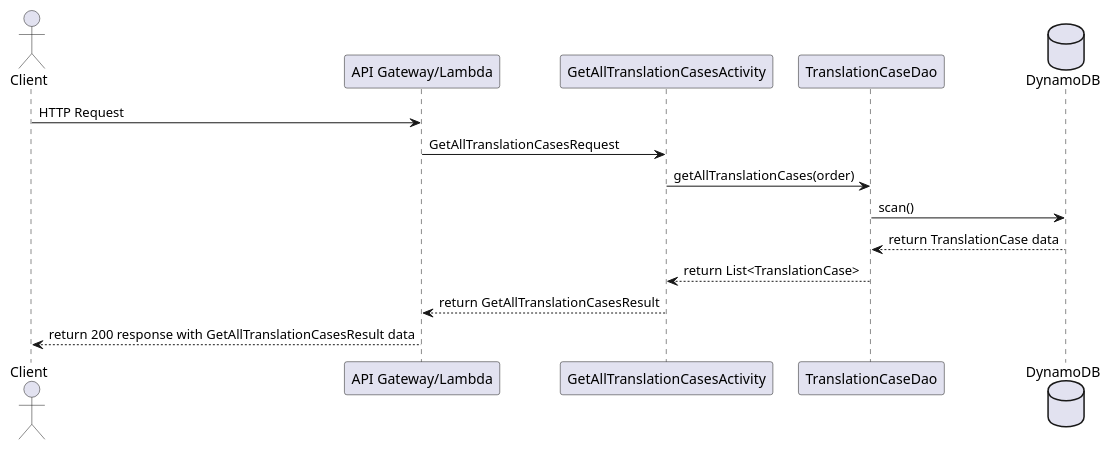
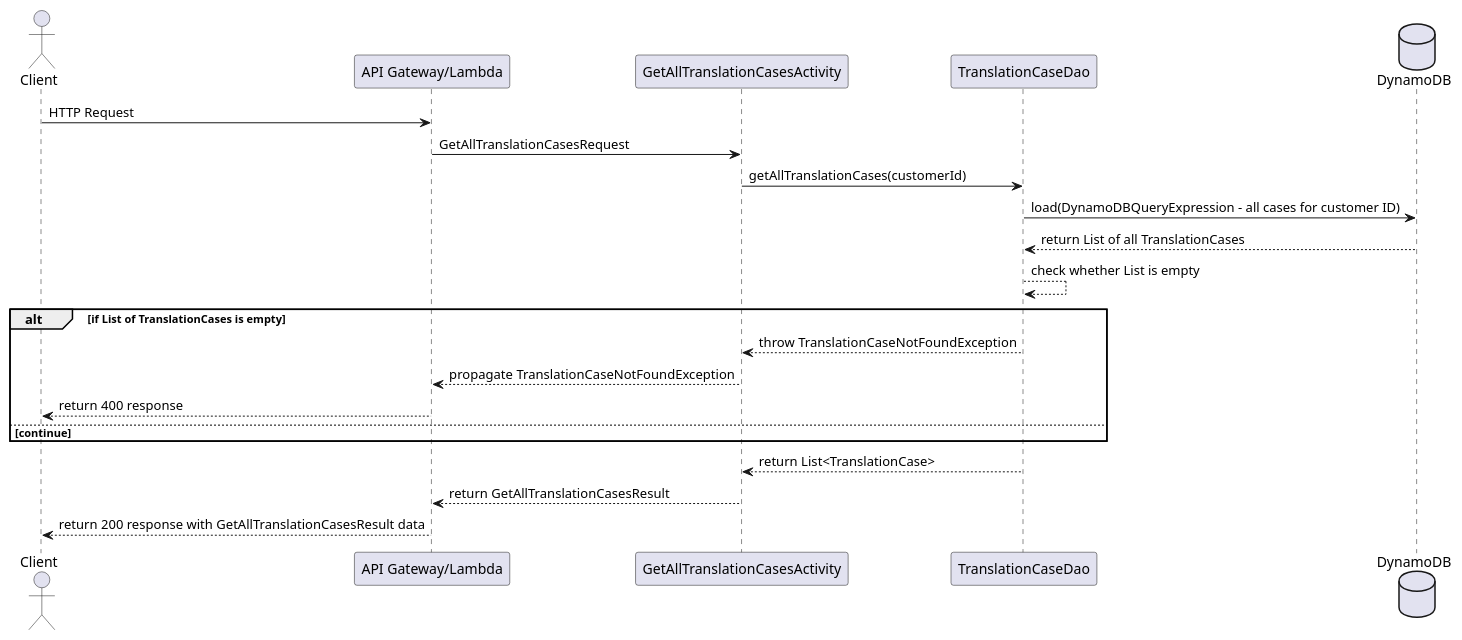
One commit to usedtothink/translation-tracker changed the diagram in resources/GetAllTranslationCases-Sequence.puml. Above: the diagram before and after it, drawn with PlantUML. The commit also changed 30 other files, not shown here.

```diff
--- a/resources/GetAllTranslationCases-Sequence.puml
+++ b/resources/GetAllTranslationCases-Sequence.puml
@@ -1,20 +1,27 @@
 @startuml
 
 actor Client
 participant "API Gateway/Lambda"
 participant GetAllTranslationCasesActivity
 participant TranslationCaseDao
 database    DynamoDB
 
 Client -> "API Gateway/Lambda" : HTTP Request
 "API Gateway/Lambda" -> GetAllTranslationCasesActivity : GetAllTranslationCasesRequest
-GetAllTranslationCasesActivity -> TranslationCaseDao : getAllTranslationCases(order)
-TranslationCaseDao -> DynamoDB : scan()
+GetAllTranslationCasesActivity -> TranslationCaseDao : getAllTranslationCases(customerId)
+TranslationCaseDao -> DynamoDB : load(DynamoDBQueryExpression - all cases for customer ID)
+DynamoDB --> TranslationCaseDao : return List of all TranslationCases
+TranslationCaseDao --> TranslationCaseDao : check whether List is empty
 
+alt if List of TranslationCases is empty
+    TranslationCaseDao --> GetAllTranslationCasesActivity: throw TranslationCaseNotFoundException
+    GetAllTranslationCasesActivity --> "API Gateway/Lambda": propagate TranslationCaseNotFoundException
+    "API Gateway/Lambda" --> Client : return 400 response
+else continue
+end
 
-DynamoDB --> TranslationCaseDao : return TranslationCase data
 TranslationCaseDao --> GetAllTranslationCasesActivity : return List<TranslationCase>
 GetAllTranslationCasesActivity --> "API Gateway/Lambda" : return GetAllTranslationCasesResult
 "API Gateway/Lambda" --> Client : return 200 response with GetAllTranslationCasesResult data
 
 @enduml
```
